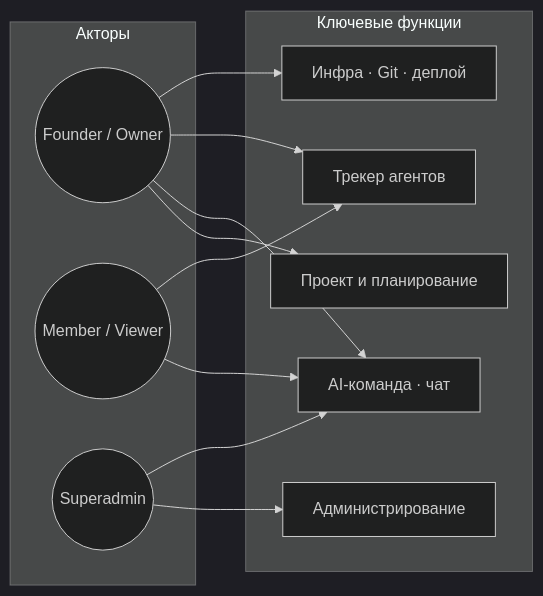
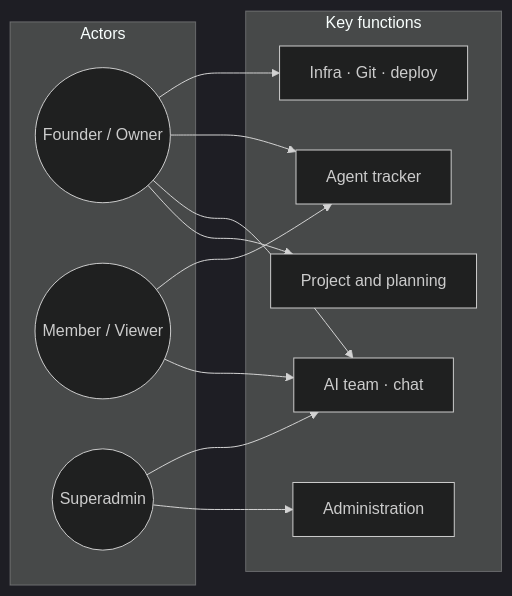
The tenth of 17 diagrams in Architecture.md (sergey-show/lambot-platform), drawn with Mermaid (dark theme) before and after one commit. The commit also changed other lines of this file and 119 other files, not shown here.

````diff
--- a/Architecture.md
+++ b/Architecture.md
@@ -479,25 +479,25 @@
 ```mermaid
 flowchart LR
-  subgraph ACTORS["Акторы"]
+  subgraph ACTORS["Actors"]
     F((Founder / Owner))
     M((Member / Viewer))
     S((Superadmin))
   end
 
-  subgraph FUN["Ключевые функции"]
-    P1["Проект и планирование"]
-    P2["AI-команда · чат"]
-    P3["Трекер агентов"]
-    P4["Инфра · Git · деплой"]
-    P5["Администрирование"]
+  subgraph FUN["Key functions"]
+    P1["Project and planning"]
+    P2["AI team · chat"]
+    P3["Agent tracker"]
+    P4["Infra · Git · deploy"]
+    P5["Administration"]
   end
 
   F --> P1
   F --> P2
   F --> P3
   F --> P4
   M --> P2
   M --> P3
   S --> P5
   S --> P2
 ```
````
